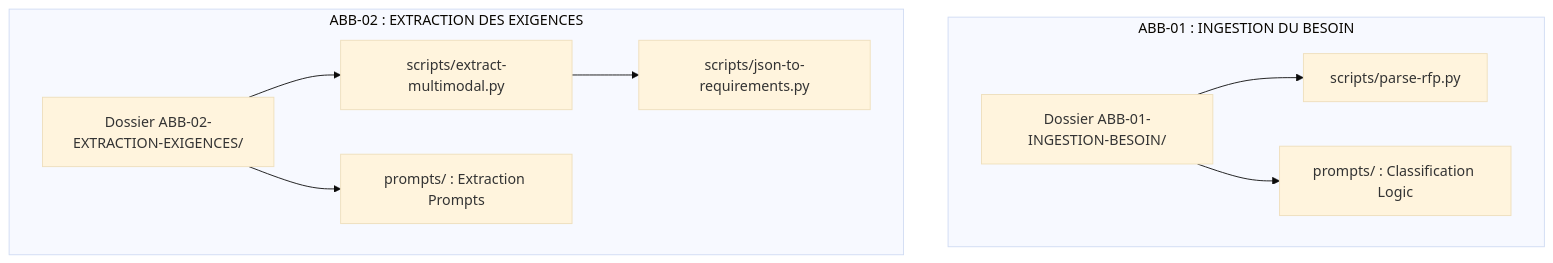
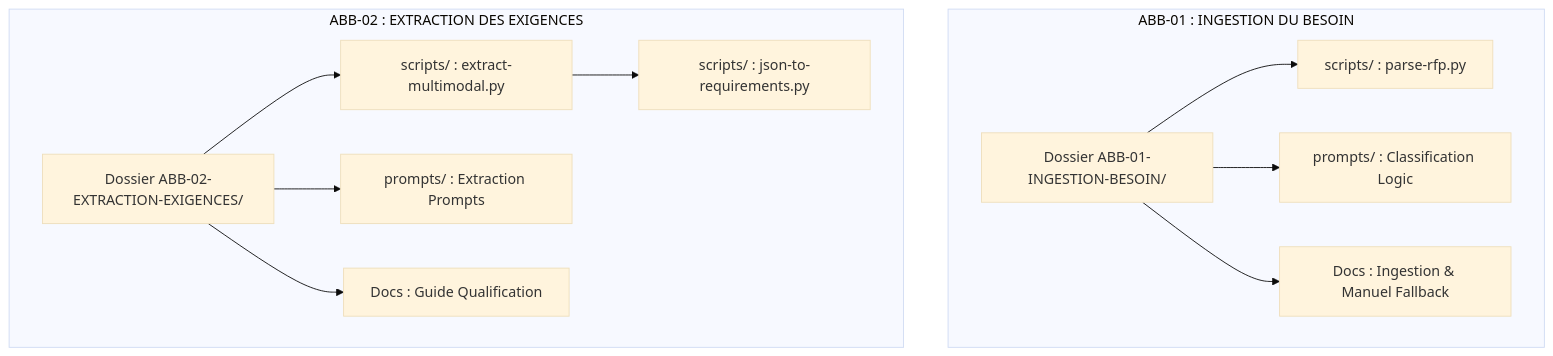
One commit to RodMan121/i-ingestion_lecture_rfp changed the diagram in 00-GOUVERNANCE/LLM_MASTER_KNOWLEDGE.md. Above: the diagram before and after it, drawn with Mermaid (base theme). The commit also changed other lines of this file and 2 other files, not shown here.

Commit message:
refactor: complete final reorganization of technical documentation and protocol files into ABB folders

````diff
--- a/00-GOUVERNANCE/LLM_MASTER_KNOWLEDGE.md
+++ b/00-GOUVERNANCE/LLM_MASTER_KNOWLEDGE.md
@@ -13,15 +13,17 @@
 ```mermaid
 graph TD
     subgraph ABB-01 : INGESTION DU BESOIN
         DIR1[Dossier ABB-01-INGESTION-BESOIN/]
-        DIR1 --> P1[scripts/parse-rfp.py]
+        DIR1 --> P1[scripts/ : parse-rfp.py]
         DIR1 --> PR1[prompts/ : Classification Logic]
+        DIR1 --> DOC1[Docs : Ingestion & Manuel Fallback]
     end
-    
+
     subgraph ABB-02 : EXTRACTION DES EXIGENCES
         DIR2[Dossier ABB-02-EXTRACTION-EXIGENCES/]
-        DIR2 --> P2[scripts/extract-multimodal.py]
+        DIR2 --> P2[scripts/ : extract-multimodal.py]
         DIR2 --> PR2[prompts/ : Extraction Prompts]
-        P2 --> P3[scripts/json-to-requirements.py]
+        DIR2 --> DOC2[Docs : Guide Qualification]
+        P2 --> P3[scripts/ : json-to-requirements.py]
     end
 ```
````
